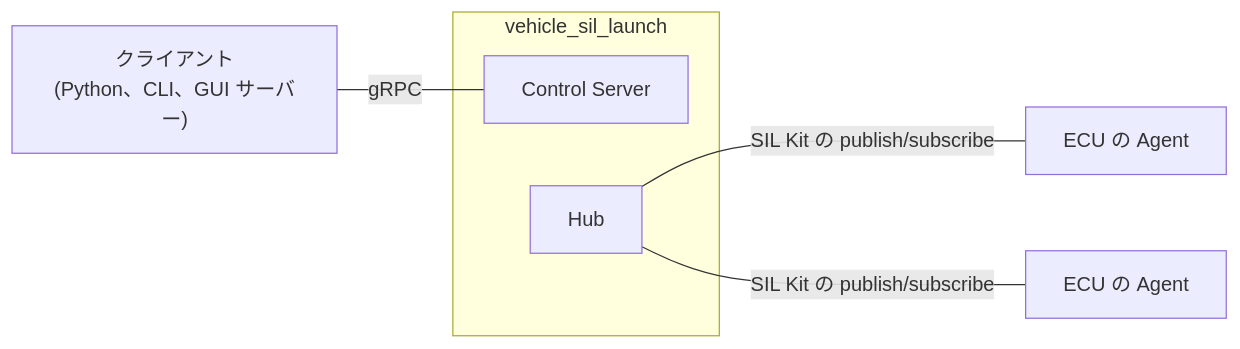
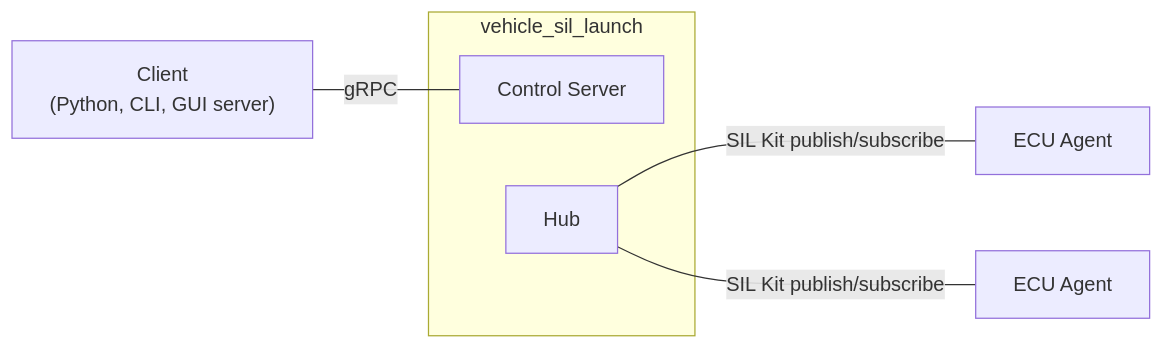
Before and after one commit to rahanahu/vehicle-sil: the first of 2 diagrams in docs/internals/control.md, drawn with Mermaid. The commit also changed other lines of this file and 163 other files, not shown here.

````diff
--- a/docs/internals/control.md
+++ b/docs/internals/control.md
@@ -32,13 +34,13 @@
 ```mermaid
 flowchart LR
-    client["クライアント<br>(Python、CLI、GUI サーバー)"]
+    client["Client<br>(Python, CLI, GUI server)"]
     subgraph launch["vehicle_sil_launch"]
         server["Control Server"]
         hub["Hub"]
     end
-    a1["ECU の Agent"]
-    a2["ECU の Agent"]
+    a1["ECU Agent"]
+    a2["ECU Agent"]
     client --- |gRPC| server
-    hub --- |"SIL Kit の publish/subscribe"| a1
-    hub --- |"SIL Kit の publish/subscribe"| a2
+    hub --- |"SIL Kit publish/subscribe"| a1
+    hub --- |"SIL Kit publish/subscribe"| a2
 ```
````
